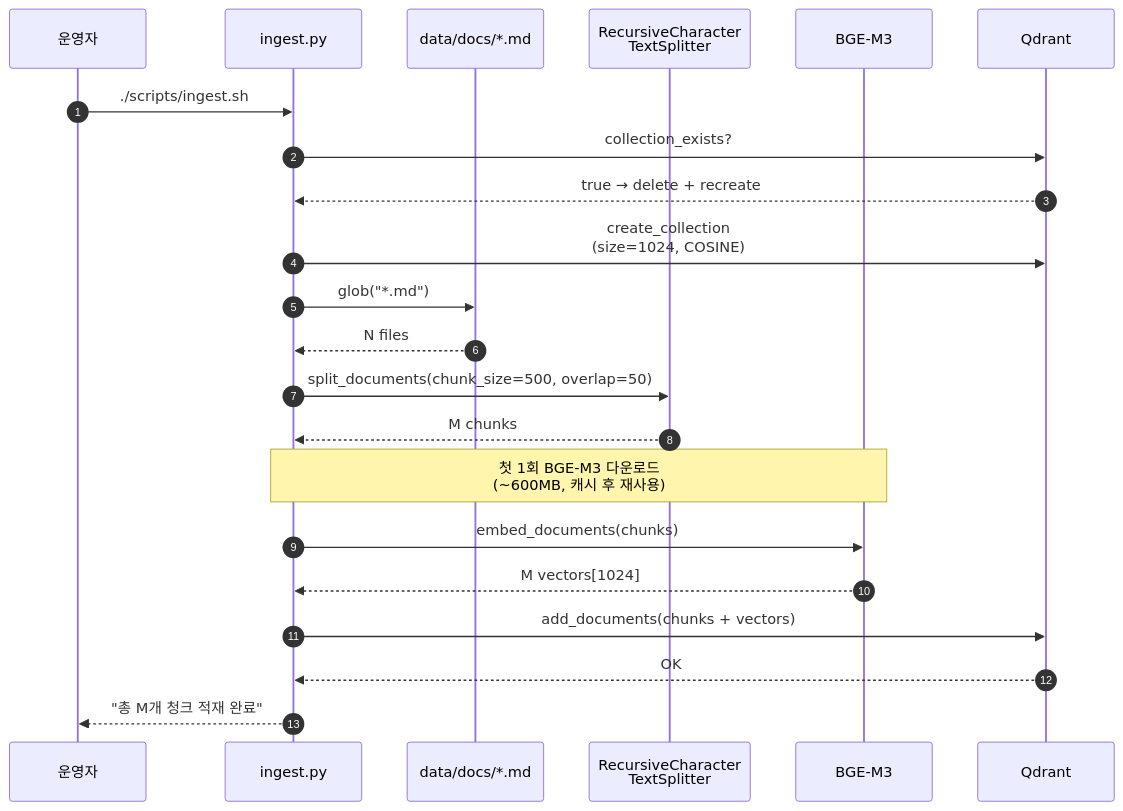
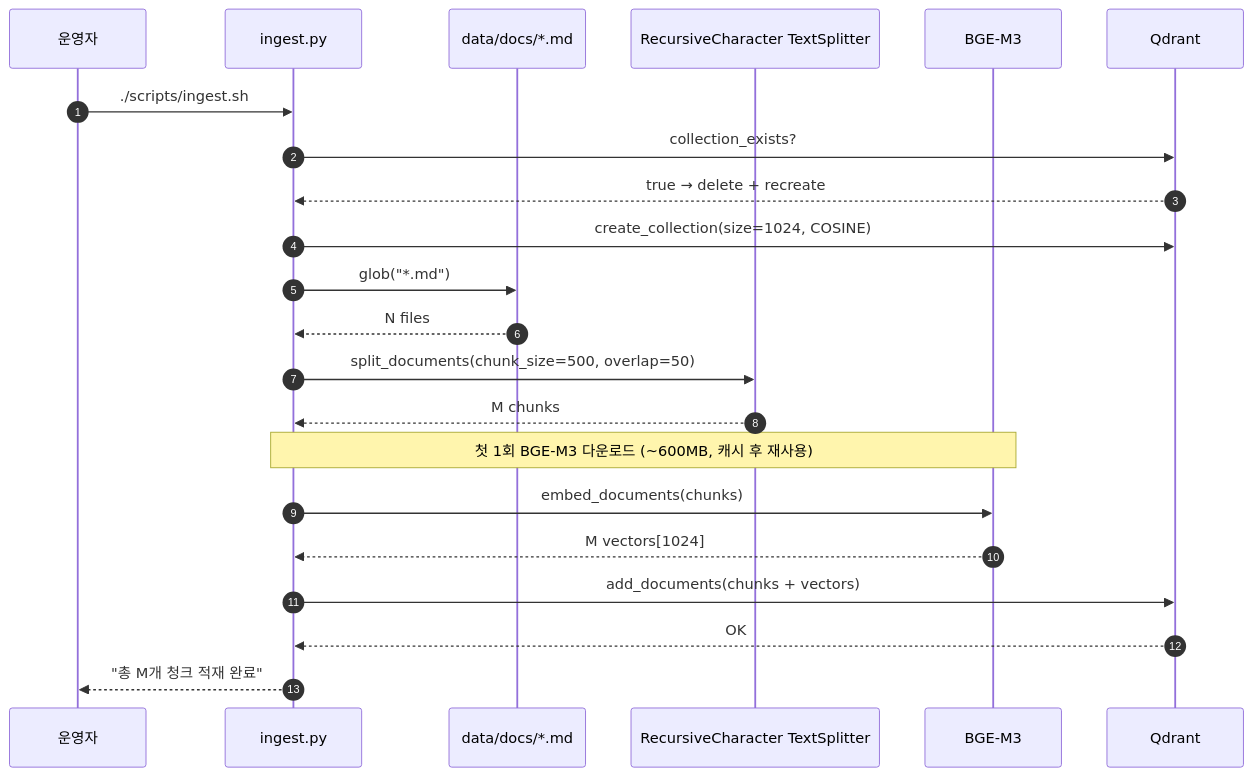
Before and after one commit to kyuminMoon/telegram-langchain-docs: the third of 4 diagrams in docs/ARCHITECTURE.md, drawn with Mermaid. The commit also changed other lines of this file, not shown here.

Commit message:
fix: mermaid 깨지는 이슈 수정

````diff
--- a/docs/ARCHITECTURE.md
+++ b/docs/ARCHITECTURE.md
@@ -127,26 +127,26 @@
 ```mermaid
 sequenceDiagram
     autonumber
     participant Op as 운영자
     participant I as ingest.py
     participant FS as data/docs/*.md
-    participant TS as RecursiveCharacter<br/>TextSplitter
+    participant TS as RecursiveCharacter TextSplitter
     participant E as BGE-M3
     participant Q as Qdrant
 
     Op->>I: ./scripts/ingest.sh
     I->>Q: collection_exists?
     Q-->>I: true → delete + recreate
-    I->>Q: create_collection<br/>(size=1024, COSINE)
+    I->>Q: create_collection(size=1024, COSINE)
 
     I->>FS: glob("*.md")
     FS-->>I: N files
     I->>TS: split_documents(chunk_size=500, overlap=50)
     TS-->>I: M chunks
-    Note over I,E: 첫 1회 BGE-M3 다운로드<br/>(~600MB, 캐시 후 재사용)
+    Note over I,E: 첫 1회 BGE-M3 다운로드 (~600MB, 캐시 후 재사용)
     I->>E: embed_documents(chunks)
     E-->>I: M vectors[1024]
     I->>Q: add_documents(chunks + vectors)
     Q-->>I: OK
     I-->>Op: "총 M개 청크 적재 완료"
 ```
````
